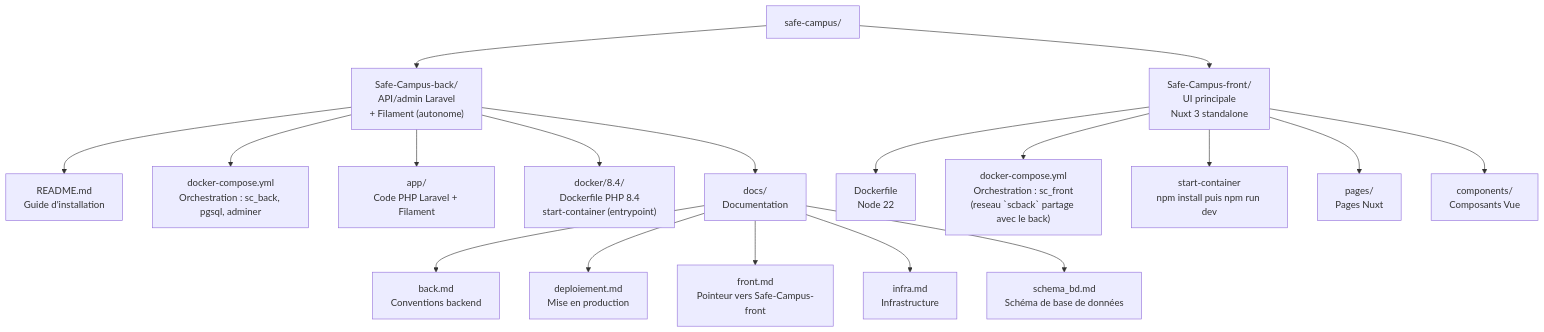
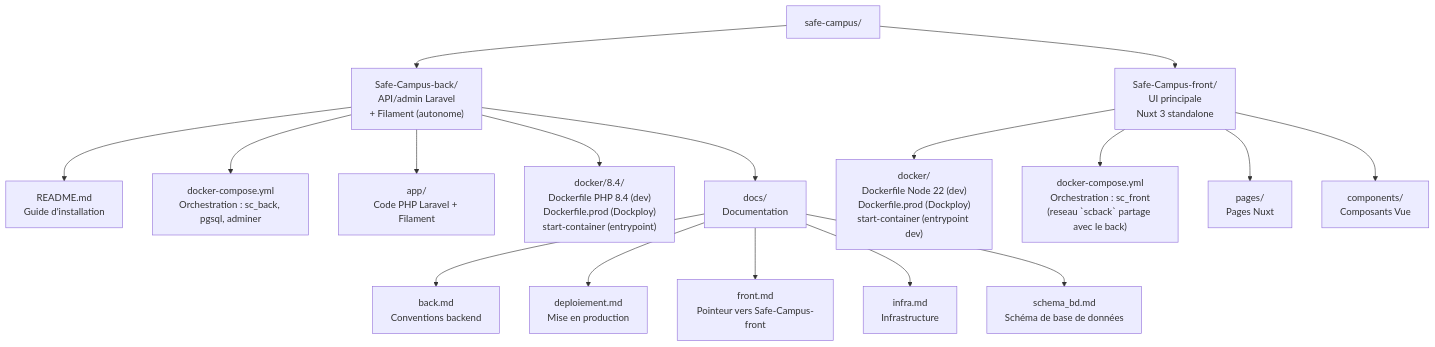
The diagram in README.md (S-T-L/Safe-Campus-back), drawn with Mermaid before and after one commit. The commit also changed other lines of this file and 5 other files, not shown here.

````diff
--- a/README.md
+++ b/README.md
@@ -284,25 +286,24 @@
 ```mermaid
 graph TD
     root["safe-campus/"]
 
     root --> scback["Safe-Campus-back/\nAPI/admin Laravel\n+ Filament (autonome)"]
     root --> scfront["Safe-Campus-front/\nUI principale\nNuxt 3 standalone"]
 
     scback --> readme["README.md\nGuide d'installation"]
     scback --> dc["docker-compose.yml\nOrchestration : sc_back, pgsql, adminer"]
     scback --> app["app/\nCode PHP Laravel + Filament"]
-    scback --> docker["docker/8.4/\nDockerfile PHP 8.4\nstart-container (entrypoint)"]
+    scback --> docker["docker/8.4/\nDockerfile PHP 8.4 (dev)\nDockerfile.prod (Dockploy)\nstart-container (entrypoint)"]
     scback --> docs["docs/\nDocumentation"]
 
     docs --> back["back.md\nConventions backend"]
     docs --> deploy["deploiement.md\nMise en production"]
     docs --> front["front.md\nPointeur vers Safe-Campus-front"]
     docs --> infra["infra.md\nInfrastructure"]
     docs --> schema["schema_bd.md\nSchéma de base de données"]
 
-    scfront --> fdockerfile["Dockerfile\nNode 22"]
+    scfront --> fdocker["docker/\nDockerfile Node 22 (dev)\nDockerfile.prod (Dockploy)\nstart-container (entrypoint dev)"]
     scfront --> fdc["docker-compose.yml\nOrchestration : sc_front\n(reseau `scback` partage avec le back)"]
-    scfront --> fstart["start-container\nnpm install puis npm run dev"]
     scfront --> pages["pages/\nPages Nuxt"]
     scfront --> components["components/\nComposants Vue"]
 ```
````
